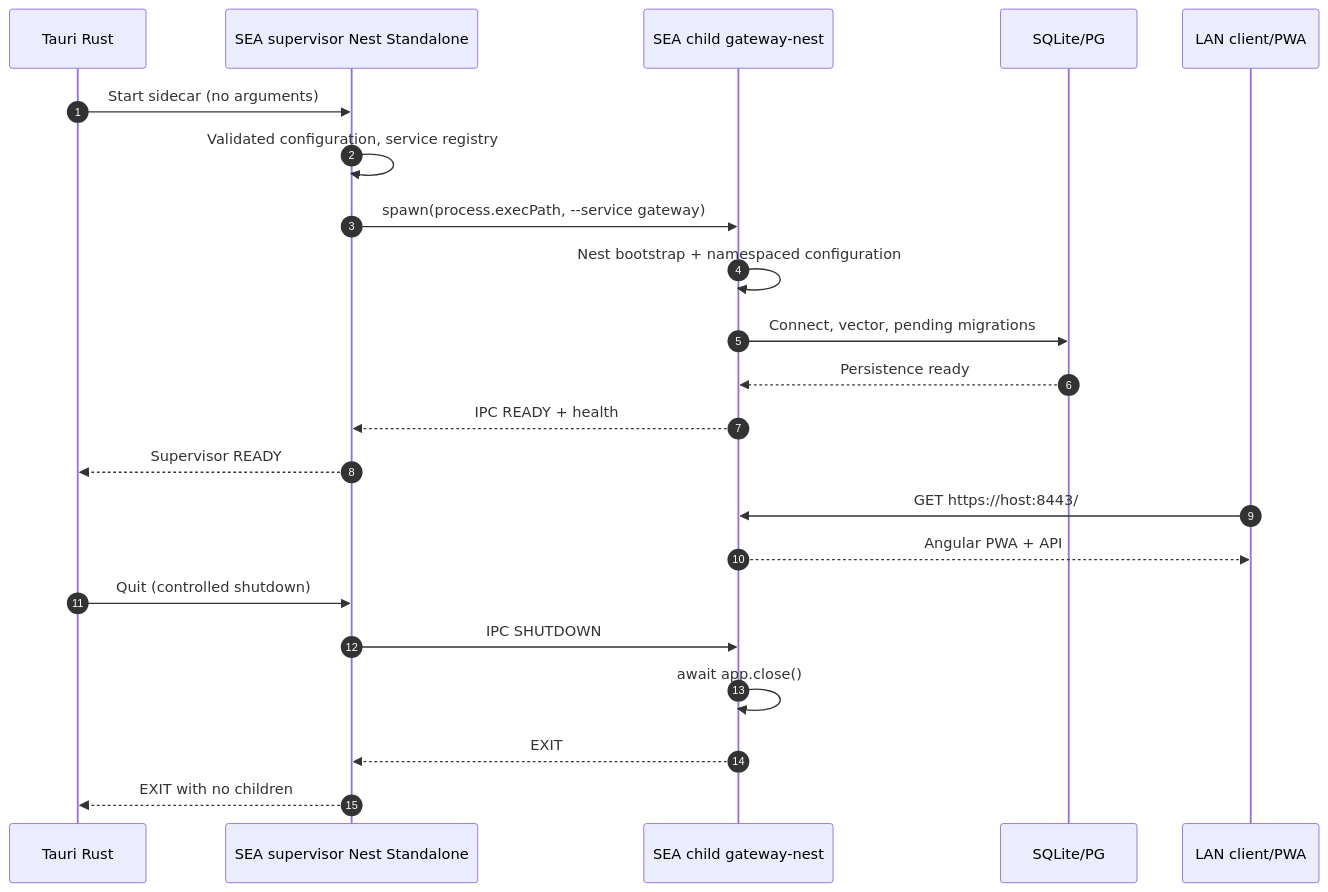
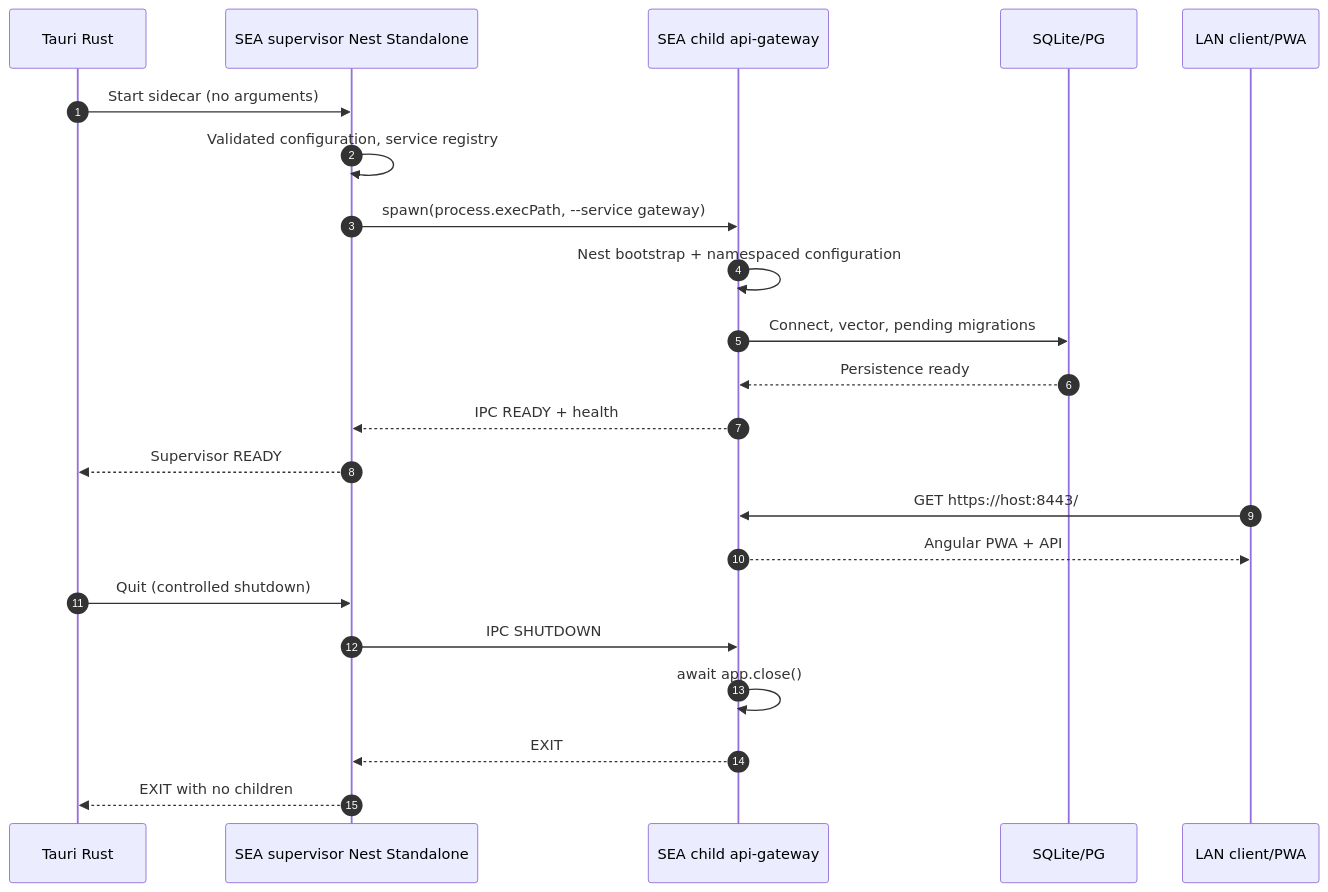
The third of 4 diagrams in docs/requirements/09-desktop-tauri.md (virgenherrera/lan-solution-template), drawn with Mermaid before and after one commit. The commit also changed other lines of this file and 59 other files, not shown here.

Commit message:
feat: POC-1 monorepo, Nest apps and one SEA sidecar (1a to 1c) (#4)

````diff
--- a/docs/requirements/09-desktop-tauri.md
+++ b/docs/requirements/09-desktop-tauri.md
@@ -109,24 +109,24 @@
 ```mermaid
 sequenceDiagram
     autonumber
     participant T as Tauri Rust
     participant L as SEA supervisor Nest Standalone
-    participant G as SEA child gateway-nest
+    participant G as SEA child api-gateway
     participant DB as SQLite/PG
     participant C as LAN client/PWA
     T->>L: Start sidecar (no arguments)
     L->>L: Validated configuration, service registry
     L->>G: spawn(process.execPath, --service gateway)
     G->>G: Nest bootstrap + namespaced configuration
     G->>DB: Connect, vector, pending migrations
     DB-->>G: Persistence ready
     G-->>L: IPC READY + health
     L-->>T: Supervisor READY
     C->>G: GET https://host:8443/
     G-->>C: Angular PWA + API
     T->>L: Quit (controlled shutdown)
     L->>G: IPC SHUTDOWN
     G->>G: await app.close()
     G-->>L: EXIT
     L-->>T: EXIT with no children
 ```
````
